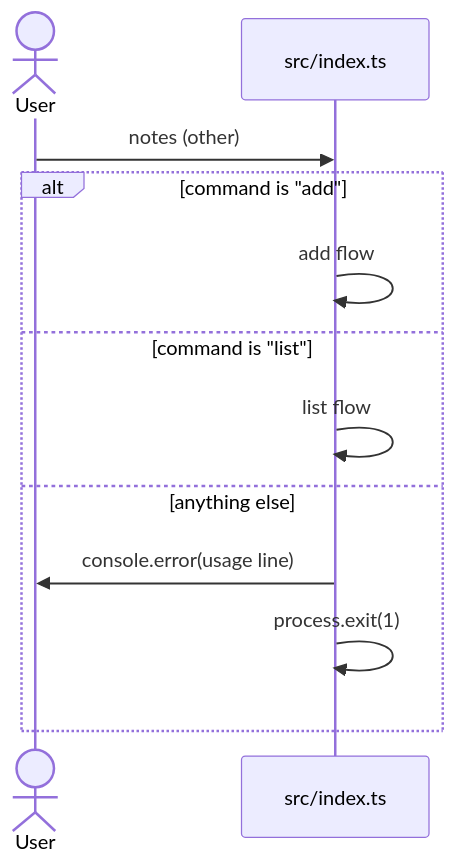
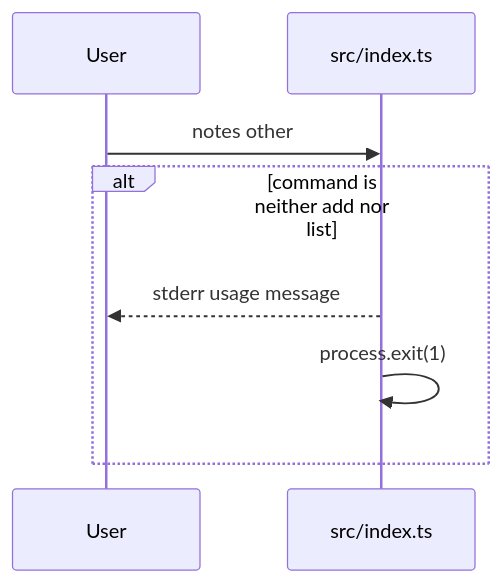
The third of 3 diagrams in examples/ts-notes-cli/docs/codemap/sequence-flow.md (hxxnn/codemap), drawn with Mermaid before and after one commit. The commit also changed other lines of this file and 35 other files, not shown here.

First line of the commit message:
test: regenerate examples with the final diagram rules

````diff
--- a/examples/ts-notes-cli/docs/codemap/sequence-flow.md
+++ b/examples/ts-notes-cli/docs/codemap/sequence-flow.md
@@ -66,14 +68,10 @@
 ```mermaid
 sequenceDiagram
-  actor U as User
+  participant U as User
   participant I as src/index.ts
-  U->>I: notes (other)
-  alt command is "add"
-    I->>I: add flow
-  else command is "list"
-    I->>I: list flow
-  else anything else
-    I->>U: console.error(usage line)
+  U->>I: notes other
+  alt command is neither add nor list
+    I-->>U: stderr usage message
     I->>I: process.exit(1)
   end
 ```
````
